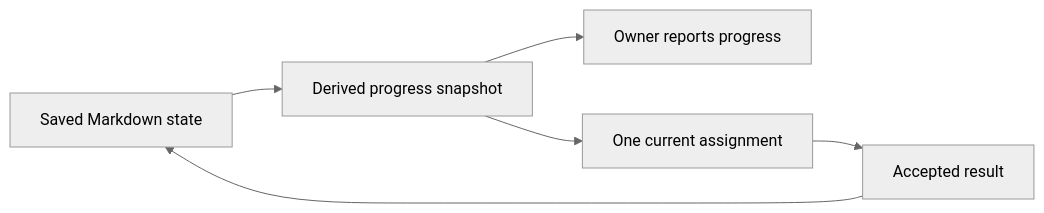
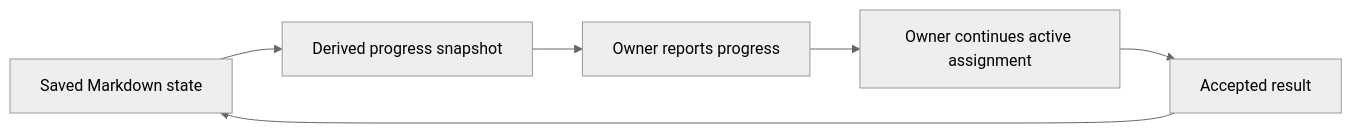
One commit to whichguy/skill-craft changed the second of 3 diagrams in plugins/shiploop/skills/shiploop/references/navigator.md. Above: the diagram before and after it, drawn with Mermaid (neutral theme). The commit also changed other lines of this file and 7 other files, not shown here.

````diff
--- a/plugins/shiploop/skills/shiploop/references/navigator.md
+++ b/plugins/shiploop/skills/shiploop/references/navigator.md
@@ -165,8 +165,8 @@
 ```mermaid
 flowchart LR
   S[Saved Markdown state] --> P[Derived progress snapshot]
   P --> U[Owner reports progress]
-  P --> A[One current assignment]
+  U --> A[Owner continues active assignment]
   A --> R[Accepted result]
   R --> S
 ```
````
